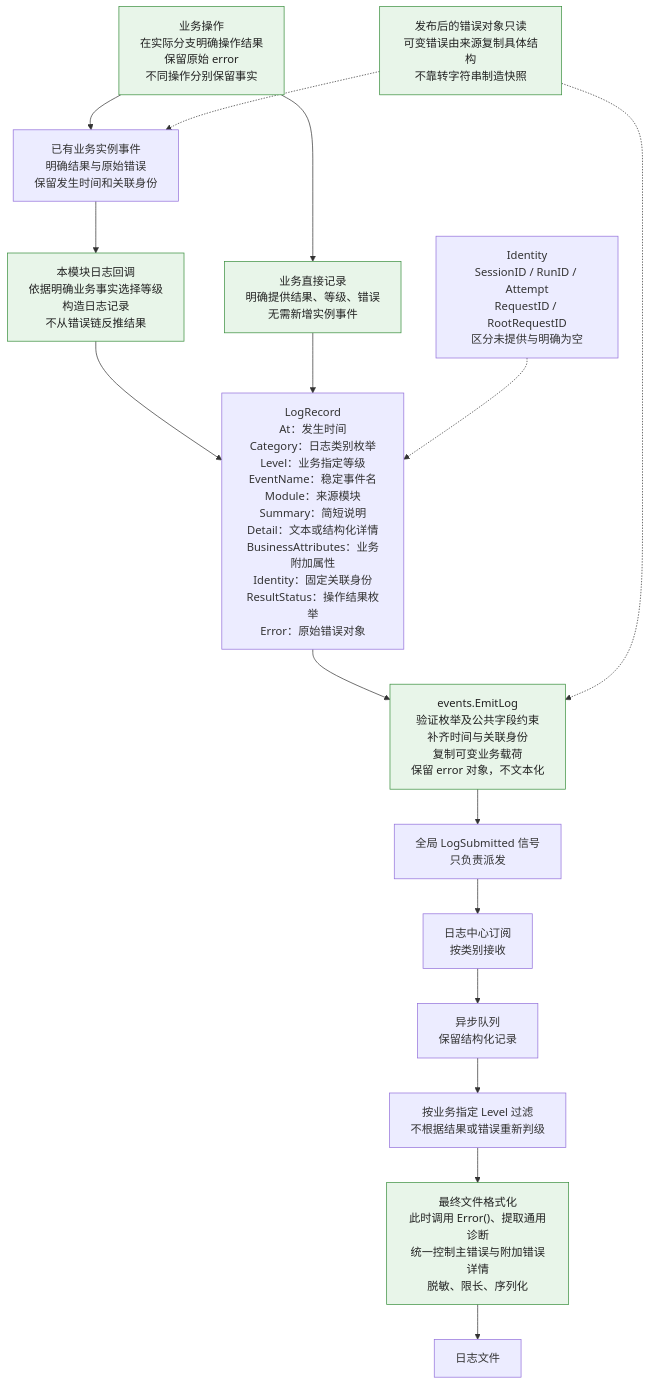
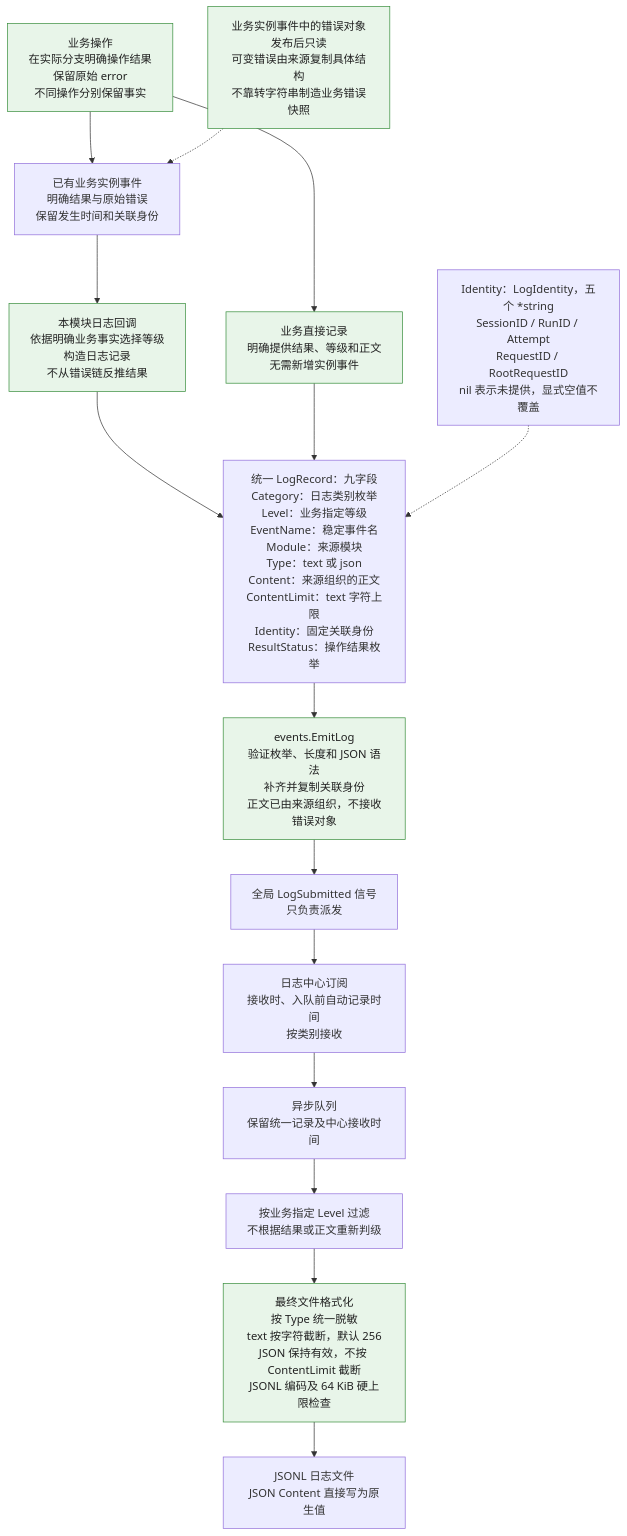
The second of 2 diagrams in devdocs/signals-and-logging.md (Elflare/elbot), drawn with Mermaid before and after one commit. The commit also changed other lines of this file and 2 other files, not shown here.

````diff
--- a/devdocs/signals-and-logging.md
+++ b/devdocs/signals-and-logging.md
@@ -56,24 +61,23 @@
 ```mermaid
 flowchart TD
     B["业务操作<br/>在实际分支明确操作结果<br/>保留原始 error<br/>不同操作分别保留事实"]
     B --> E["已有业务实例事件<br/>明确结果与原始错误<br/>保留发生时间和关联身份"]
     E --> P["本模块日志回调<br/>依据明确业务事实选择等级<br/>构造日志记录<br/>不从错误链反推结果"]
-    B --> D["业务直接记录<br/>明确提供结果、等级、错误<br/>无需新增实例事件"]
+    B --> D["业务直接记录<br/>明确提供结果、等级和正文<br/>无需新增实例事件"]
     P --> R
     D --> R
-    R["LogRecord<br/>At：发生时间<br/>Category：日志类别枚举<br/>Level：业务指定等级<br/>EventName：稳定事件名<br/>Module：来源模块<br/>Summary：简短说明<br/>Detail：文本或结构化详情<br/>BusinessAttributes：业务附加属性<br/>Identity：固定关联身份<br/>ResultStatus：操作结果枚举<br/>Error：原始错误对象"]
-    R --> EM["events.EmitLog<br/>验证枚举及公共字段约束<br/>补齐时间与关联身份<br/>复制可变业务载荷<br/>保留 error 对象，不文本化"]
+    R["统一 LogRecord：九字段<br/>Category：日志类别枚举<br/>Level：业务指定等级<br/>EventName：稳定事件名<br/>Module：来源模块<br/>Type：text 或 json<br/>Content：来源组织的正文<br/>ContentLimit：text 字符上限<br/>Identity：固定关联身份<br/>ResultStatus：操作结果枚举"]
+    R --> EM["events.EmitLog<br/>验证枚举、长度和 JSON 语法<br/>补齐并复制关联身份<br/>正文已由来源组织，不接收错误对象"]
     EM --> S["全局 LogSubmitted 信号<br/>只负责派发"]
-    S --> M["日志中心订阅<br/>按类别接收"]
-    M --> Q["异步队列<br/>保留结构化记录"]
-    Q --> FILTER["按业务指定 Level 过滤<br/>不根据结果或错误重新判级"]
-    FILTER --> FORMAT["最终文件格式化<br/>此时调用 Error()、提取通用诊断<br/>统一控制主错误与附加错误详情<br/>脱敏、限长、序列化"]
-    FORMAT --> FILE["日志文件"]
-    OWN["发布后的错误对象只读<br/>可变错误由来源复制具体结构<br/>不靠转字符串制造快照"]
+    S --> M["日志中心订阅<br/>接收时、入队前自动记录时间<br/>按类别接收"]
+    M --> Q["异步队列<br/>保留统一记录及中心接收时间"]
+    Q --> FILTER["按业务指定 Level 过滤<br/>不根据结果或正文重新判级"]
+    FILTER --> FORMAT["最终文件格式化<br/>按 Type 统一脱敏<br/>text 按字符截断，默认 256<br/>JSON 保持有效，不按 ContentLimit 截断<br/>JSONL 编码及 64 KiB 硬上限检查"]
+    FORMAT --> FILE["JSONL 日志文件<br/>JSON Content 直接写为原生值"]
+    OWN["业务实例事件中的错误对象发布后只读<br/>可变错误由来源复制具体结构<br/>不靠转字符串制造业务错误快照"]
     OWN -.-> E
-    OWN -.-> EM
-    ID["Identity<br/>SessionID / RunID / Attempt<br/>RequestID / RootRequestID<br/>区分未提供与明确为空"]
+    ID["Identity：LogIdentity，五个 *string<br/>SessionID / RunID / Attempt<br/>RequestID / RootRequestID<br/>nil 表示未提供，显式空值不覆盖"]
     ID -.-> R
     classDef boundary fill:#e8f5e9,stroke:#388e3c,color:#222
     class B,P,D,EM,FORMAT,OWN boundary
 ```
````
